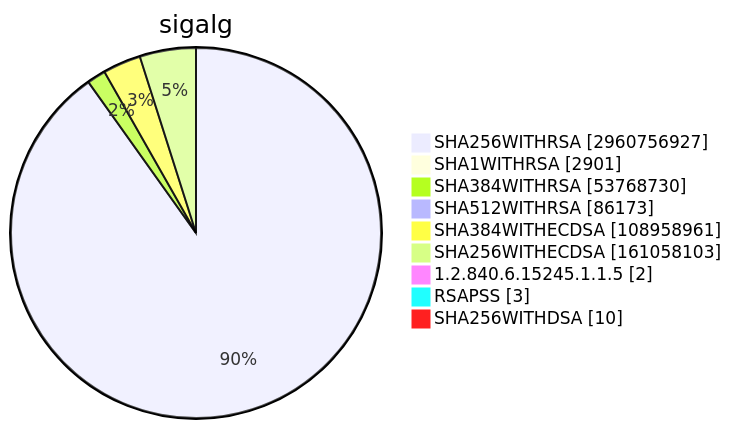
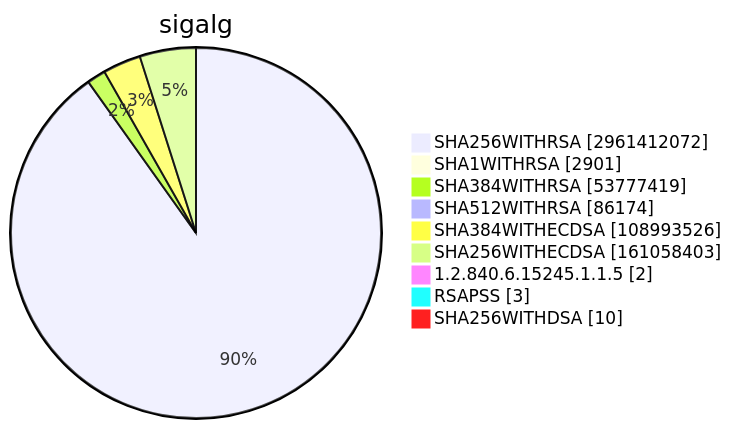
Diagram 15 of 15 in TOTAL/README.md (christiankrug/ctmonitor_visualization), drawn with Mermaid before and after one commit. The commit also changed other lines of this file, not shown here.

````diff
--- a/TOTAL/README.md
+++ b/TOTAL/README.md
@@ -6207,13 +6207,13 @@
 ```mermaid
 pie showData
 title sigalg
-"SHA256WITHRSA" :2960756927
+"SHA256WITHRSA" :2961412072
 "SHA1WITHRSA" :2901
-"SHA384WITHRSA" :53768730
-"SHA512WITHRSA" :86173
-"SHA384WITHECDSA" :108958961
-"SHA256WITHECDSA" :161058103
+"SHA384WITHRSA" :53777419
+"SHA512WITHRSA" :86174
+"SHA384WITHECDSA" :108993526
+"SHA256WITHECDSA" :161058403
 "1.2.840.6.15245.1.1.5" :2
 "RSAPSS" :3
 "SHA256WITHDSA" :10
 ```
````
